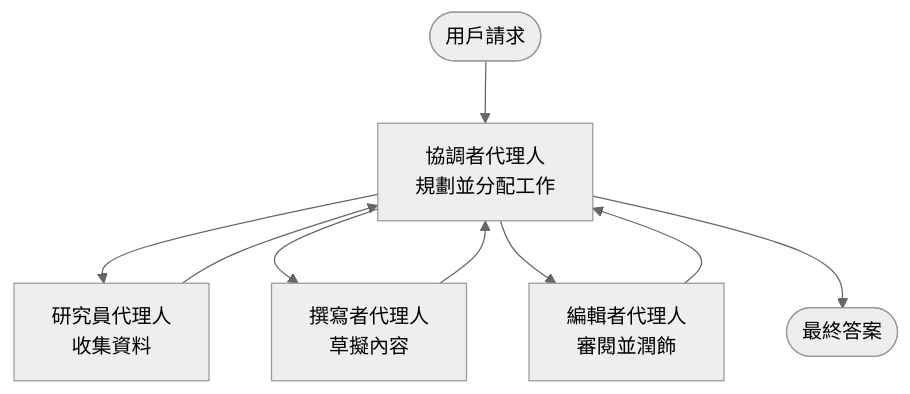
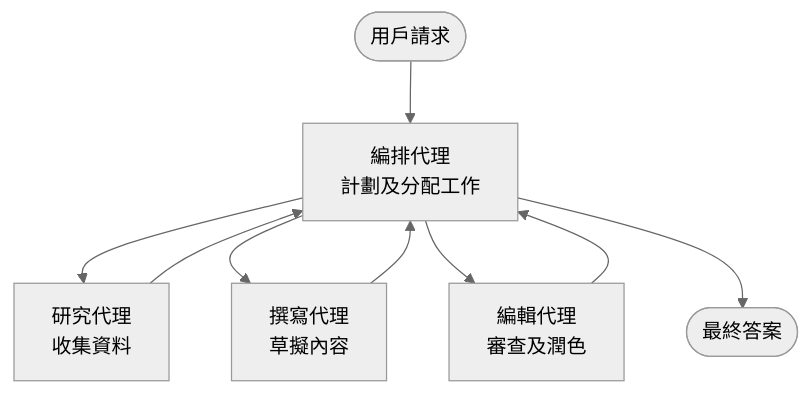
The diagram in translations/zh-HK/docs/chapter-05-multi-agent/multi-agent-basics.md (microsoft/AZD-for-beginners), drawn with Mermaid (neutral theme) before and after one commit. The commit also changed other lines of this file and 61 other files, not shown here.

````diff
--- a/translations/zh-HK/docs/chapter-05-multi-agent/multi-agent-basics.md
+++ b/translations/zh-HK/docs/chapter-05-multi-agent/multi-agent-basics.md
@@ -43,11 +43,11 @@
 ```mermaid
 graph TD
-    User([用戶請求]) --> Orchestrator[協調者代理人<br/>規劃並分配工作]
-    Orchestrator --> Researcher[研究員代理人<br/>收集資料]
-    Orchestrator --> Writer[撰寫者代理人<br/>草擬內容]
-    Orchestrator --> Editor[編輯者代理人<br/>審閱並潤飾]
+    User([用戶請求]) --> Orchestrator[編排代理<br/>計劃及分配工作]
+    Orchestrator --> Researcher[研究代理<br/>收集資料]
+    Orchestrator --> Writer[撰寫代理<br/>草擬內容]
+    Orchestrator --> Editor[編輯代理<br/>審查及潤色]
     Researcher --> Orchestrator
     Writer --> Orchestrator
     Editor --> Orchestrator
     Orchestrator --> Result([最終答案])
 ```
````
